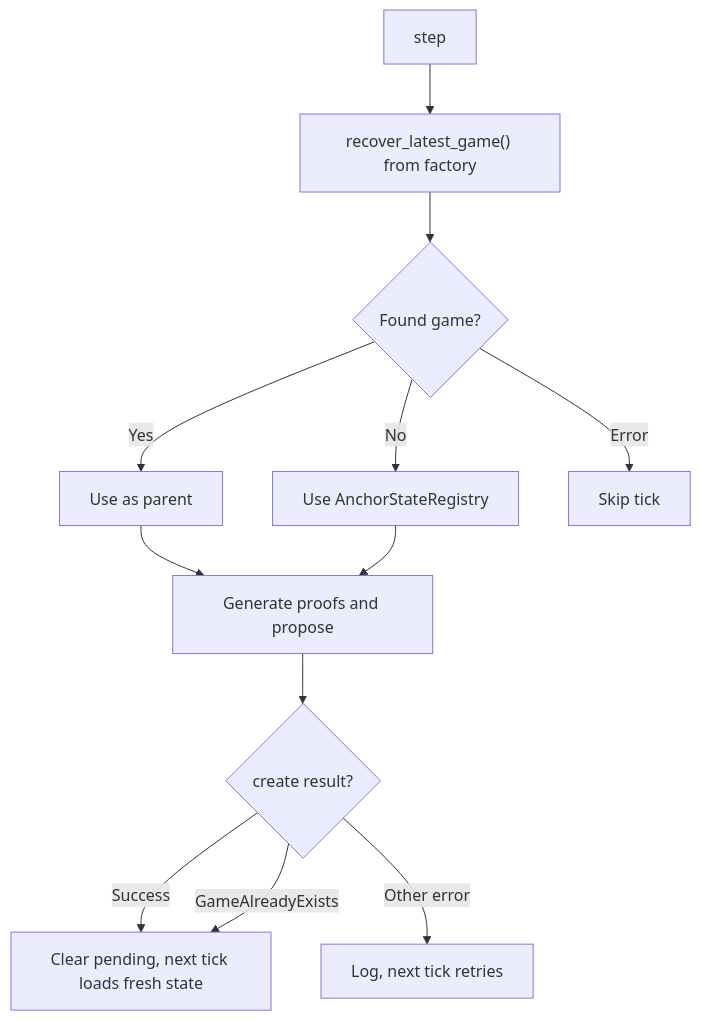
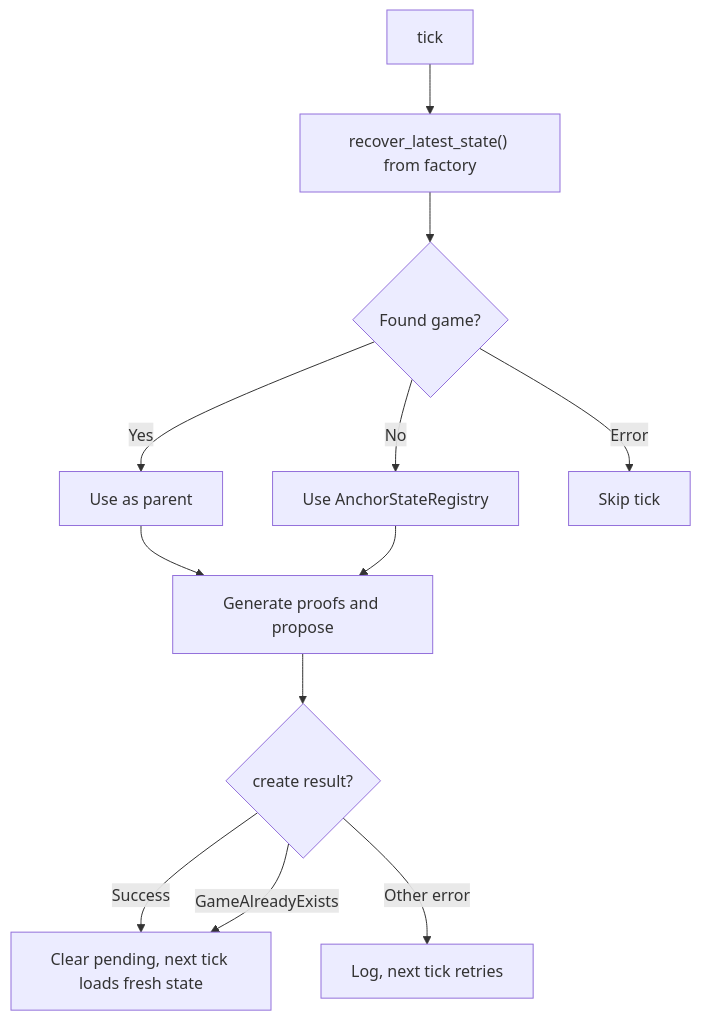
The diagram in crates/proof/proposer/README.md (base/base), drawn with Mermaid before and after one commit. The commit also changed other lines of this file and 1 other file, not shown here.

````diff
--- a/crates/proof/proposer/README.md
+++ b/crates/proof/proposer/README.md
@@ -47,14 +47,14 @@
 ```mermaid
 flowchart TD
-    A[step] --> B["recover_latest_game() from factory"]
+    A[tick] --> B["recover_latest_state() from factory"]
     B --> C{Found game?}
     C -->|Yes| D[Use as parent]
     C -->|No| E["Use AnchorStateRegistry"]
     C -->|Error| F[Skip tick]
     D --> G[Generate proofs and propose]
     E --> G
     G --> H{create result?}
     H -->|Success| I[Clear pending, next tick loads fresh state]
     H -->|GameAlreadyExists| I
     H -->|Other error| J[Log, next tick retries]
 ```
````
